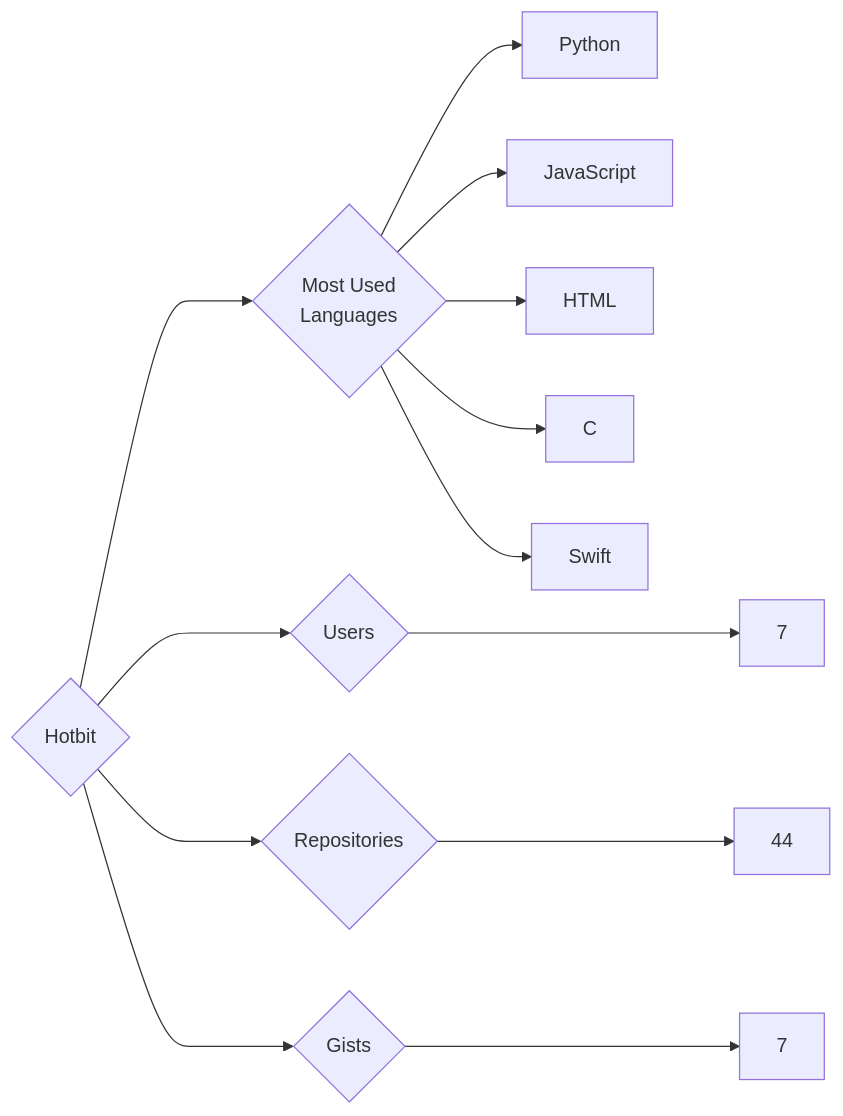
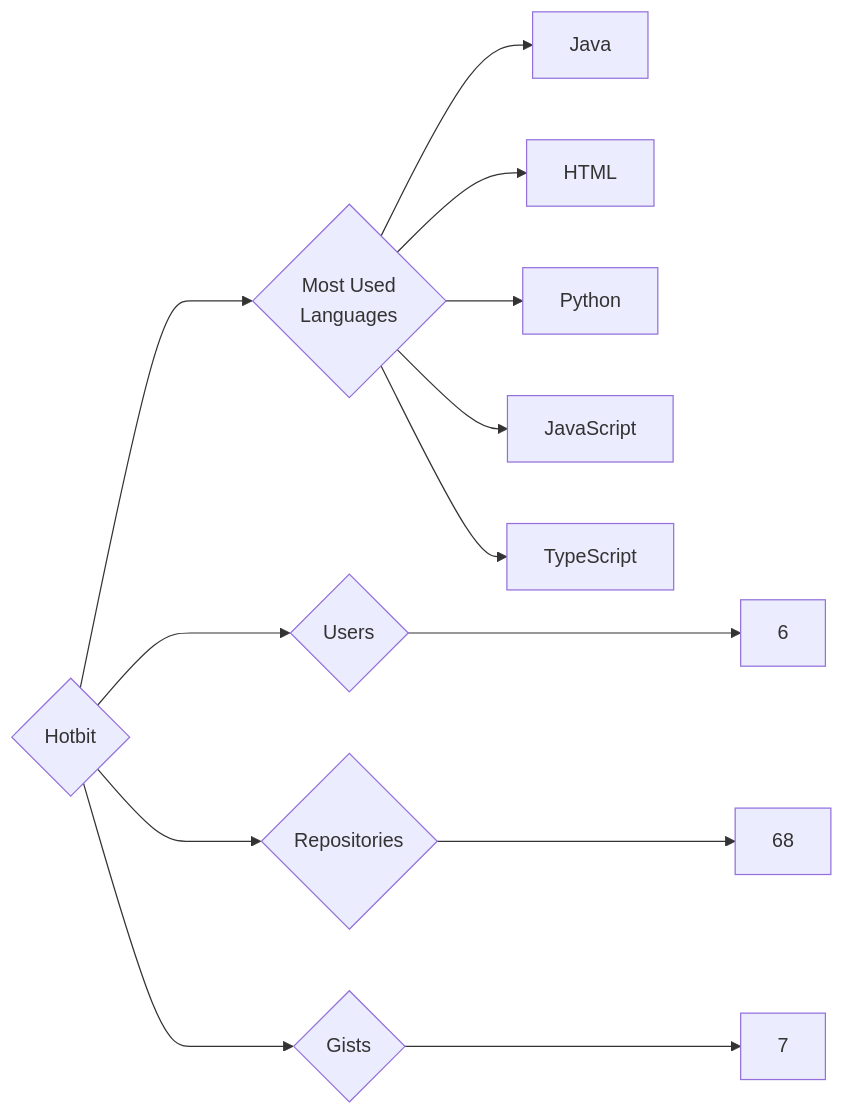
Before and after one commit to trickest/insiders: the diagram in targets/Hotbit/README.md, drawn with Mermaid. The commit also changed 997 other files, not shown here.

````diff
--- a/targets/Hotbit/README.md
+++ b/targets/Hotbit/README.md
@@ -3,13 +3,13 @@
 ```mermaid
 graph LR
 COMPANY_NAME{Hotbit}
-COMPANY_NAME ---> U{Users} ---> UN[7]
-COMPANY_NAME ---> R{Repositories} ---> RN[44]
+COMPANY_NAME ---> U{Users} ---> UN[6]
+COMPANY_NAME ---> R{Repositories} ---> RN[68]
 COMPANY_NAME ---> G{Gists} ---> GN[7]
 COMPANY_NAME ---> ML{Most Used<br>Languages}
+ML --> Java[Java]
+ML --> HTML[HTML]
 ML --> Python[Python]
 ML --> JavaScript[JavaScript]
-ML --> HTML[HTML]
-ML --> C[C]
-ML --> Swift[Swift]
+ML --> TypeScript[TypeScript]
 ```
````
